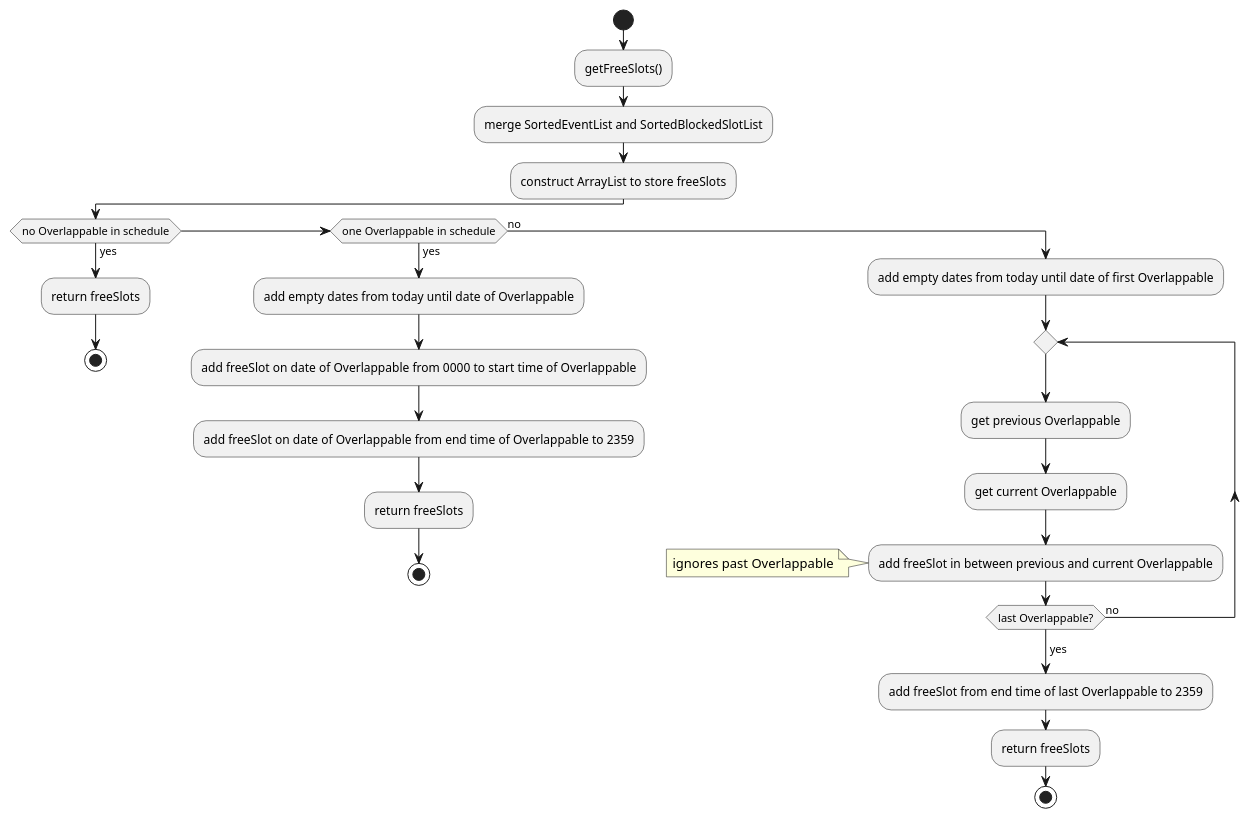
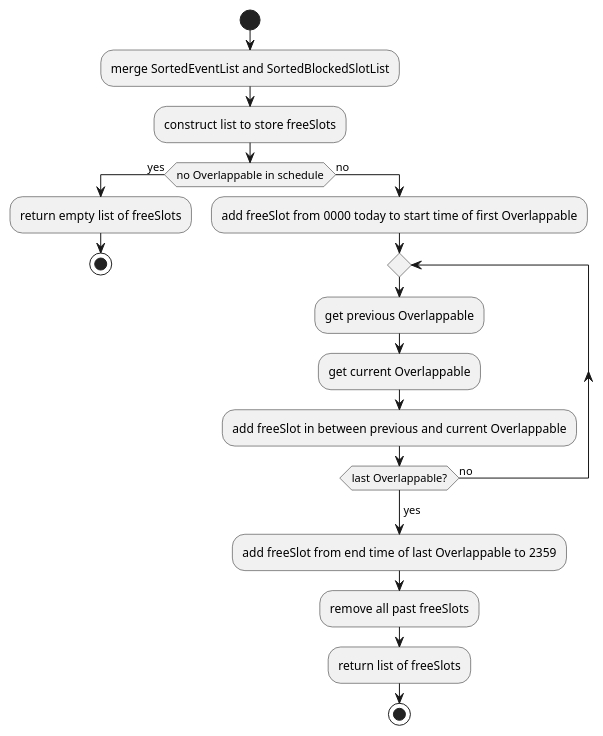
Before and after one commit to ruthpohrp/tp: the diagram in docs/diagrams/getFreeSlotsActivityDiagram.puml, drawn with PlantUML. The commit also changed 5 other files, not shown here.

```diff
--- a/docs/diagrams/getFreeSlotsActivityDiagram.puml
+++ b/docs/diagrams/getFreeSlotsActivityDiagram.puml
@@ -1,33 +1,22 @@
 @startuml
 'https://plantuml.com/activity-diagram-beta
 
 start
-:getFreeSlots();
 :merge SortedEventList and SortedBlockedSlotList;
-:construct ArrayList to store freeSlots;
+:construct list to store freeSlots;
 if(no Overlappable in schedule) then (yes)
-    :return freeSlots;
-    stop
-elseif(one Overlappable in schedule) then (yes)
-    :add empty dates from today until date of Overlappable;
-    :add freeSlot on date of Overlappable from 0000 to start time of Overlappable;
-    :add freeSlot on date of Overlappable from end time of Overlappable to 2359;
-    :return freeSlots;
+    :return empty list of freeSlots;
     stop
 else (no)
-    :add empty dates from today until date of first Overlappable;
+    :add freeSlot from 0000 today to start time of first Overlappable;
     repeat
     :get previous Overlappable;
     :get current Overlappable;
     :add freeSlot in between previous and current Overlappable;
-    note left
-    ignores past Overlappable
-    end note
     repeat while(last Overlappable?) is (no)
     ->yes;
     :add freeSlot from end time of last Overlappable to 2359;
-    :return freeSlots;
+    :remove all past freeSlots;
+    :return list of freeSlots;
     stop
-
-
 @enduml
```
